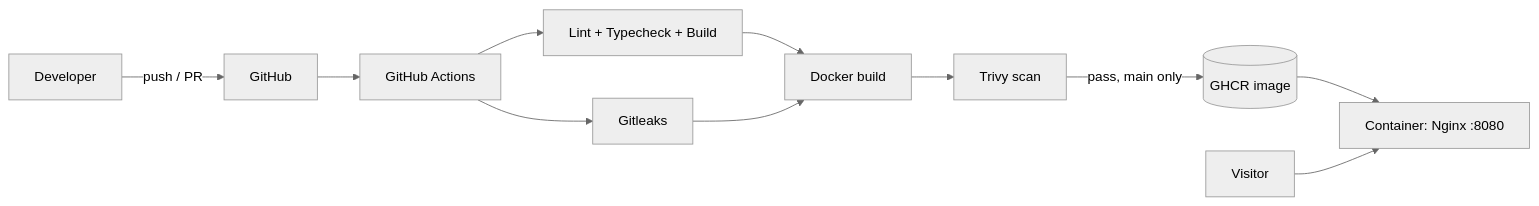
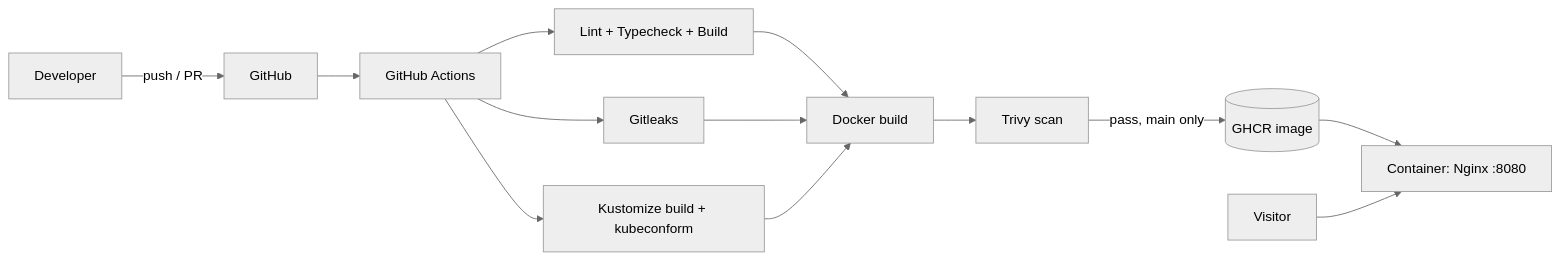
Before and after one commit to rickyrohaendi12/ricky-rohaendi-portfolio: the diagram in README.md, drawn with Mermaid (neutral theme). The commit also changed other lines of this file, not shown here.

````diff
--- a/README.md
+++ b/README.md
@@ -52,13 +54,15 @@
 ```mermaid
 flowchart LR
   Dev[Developer] -->|push / PR| GH[GitHub]
   GH --> CI[GitHub Actions]
   CI --> T[Lint + Typecheck + Build]
   CI --> S[Gitleaks]
+  CI --> K[Kustomize build + kubeconform]
   T --> D[Docker build]
   S --> D
+  K --> D
   D --> V[Trivy scan]
   V -->|pass, main only| R[(GHCR image)]
   R --> Run[Container: Nginx :8080]
   User[Visitor] --> Run
 ```
````
